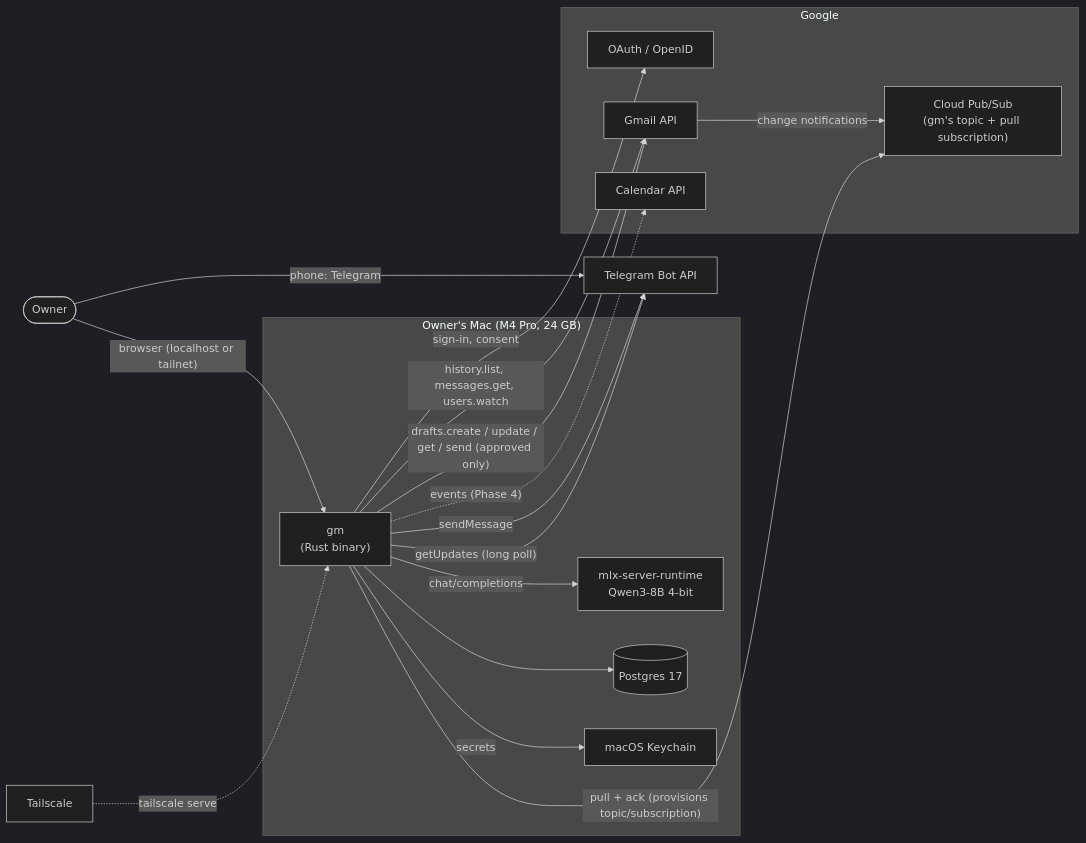
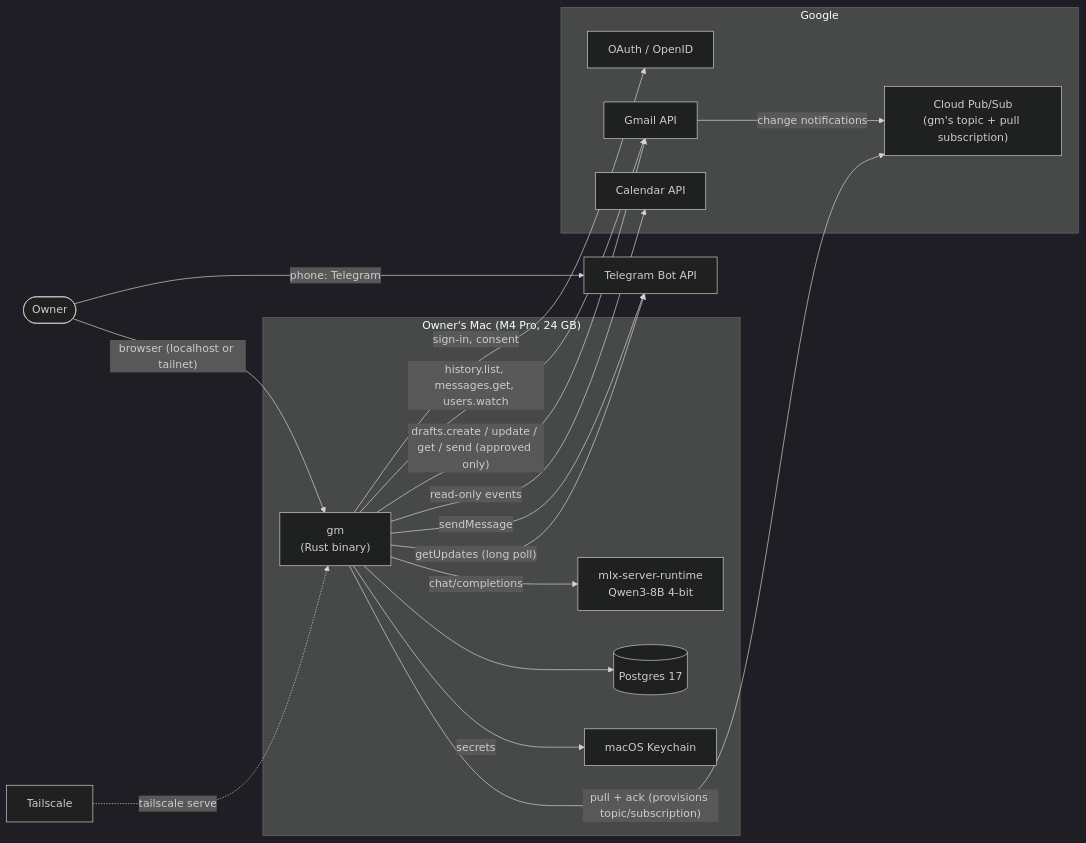
Before and after one commit to huydt84/google-management: the first of 12 diagrams in docs/architecture.md, drawn with Mermaid (dark theme). The commit also changed other lines of this file and 44 other files, not shown here.

````diff
--- a/docs/architecture.md
+++ b/docs/architecture.md
@@ -37,33 +37,33 @@
 ```mermaid
 flowchart LR
     owner(["Owner"])
     subgraph mac["Owner's Mac (M4 Pro, 24 GB)"]
         gm["gm<br/>(Rust binary)"]
         llm["mlx-server-runtime<br/>Qwen3-8B 4-bit"]
         pg[("Postgres 17")]
         kc["macOS Keychain"]
     end
     subgraph google["Google"]
         oauth["OAuth / OpenID"]
         gmail["Gmail API"]
         pubsub["Cloud Pub/Sub<br/>(gm's topic + pull subscription)"]
         cal["Calendar API"]
     end
     tg["Telegram Bot API"]
     ts["Tailscale"]
 
     owner -- "browser (localhost or tailnet)" --> gm
     owner -- "phone: Telegram" --> tg
     ts -. "tailscale serve" .-> gm
     gm -- "sign-in, consent" --> oauth
     gm -- "history.list, messages.get, users.watch" --> gmail
     gmail -- "change notifications" --> pubsub
     gm -- "pull + ack (provisions topic/subscription)" --> pubsub
     gm -- "chat/completions" --> llm
     gm --> pg
     gm -- "secrets" --> kc
     gm -- "sendMessage" --> tg
     gm -- "getUpdates (long poll)" --> tg
     gm -- "drafts.create / update / get / send (approved only)" --> gmail
-    gm -. "events (Phase 4)" .-> cal
+    gm -->|"read-only events"| cal
 ```
````
